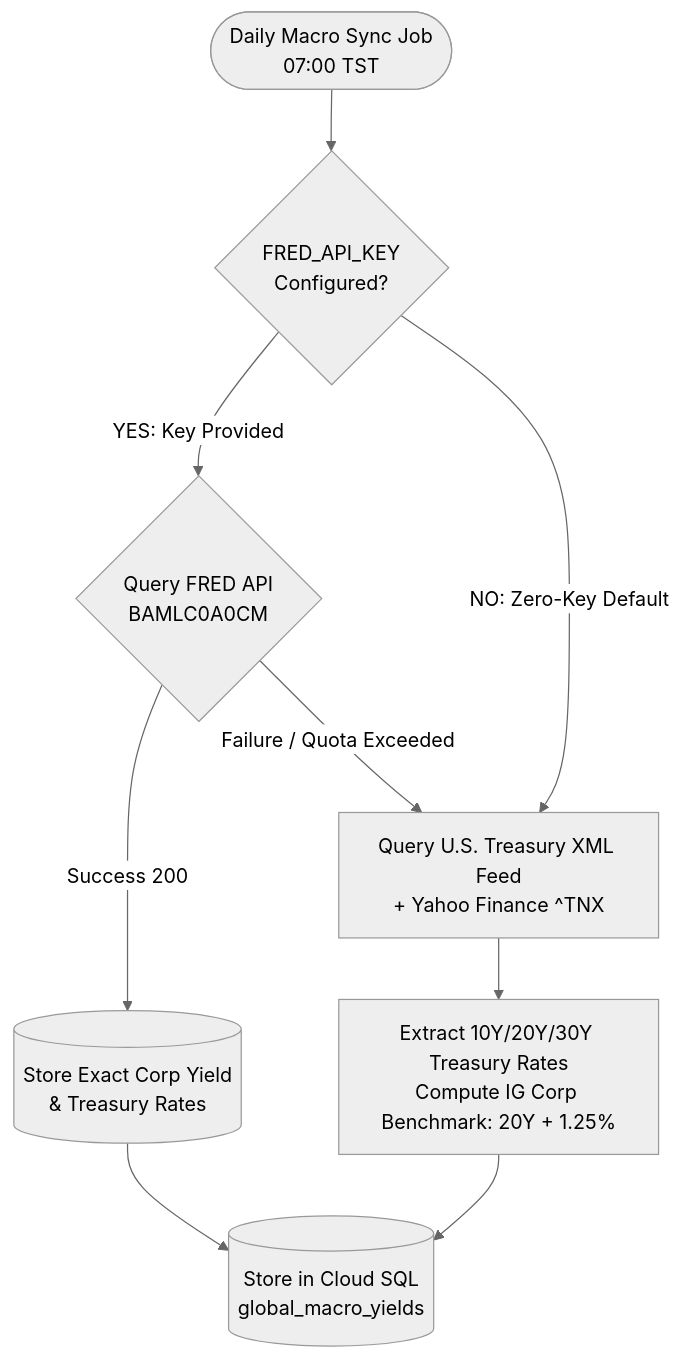
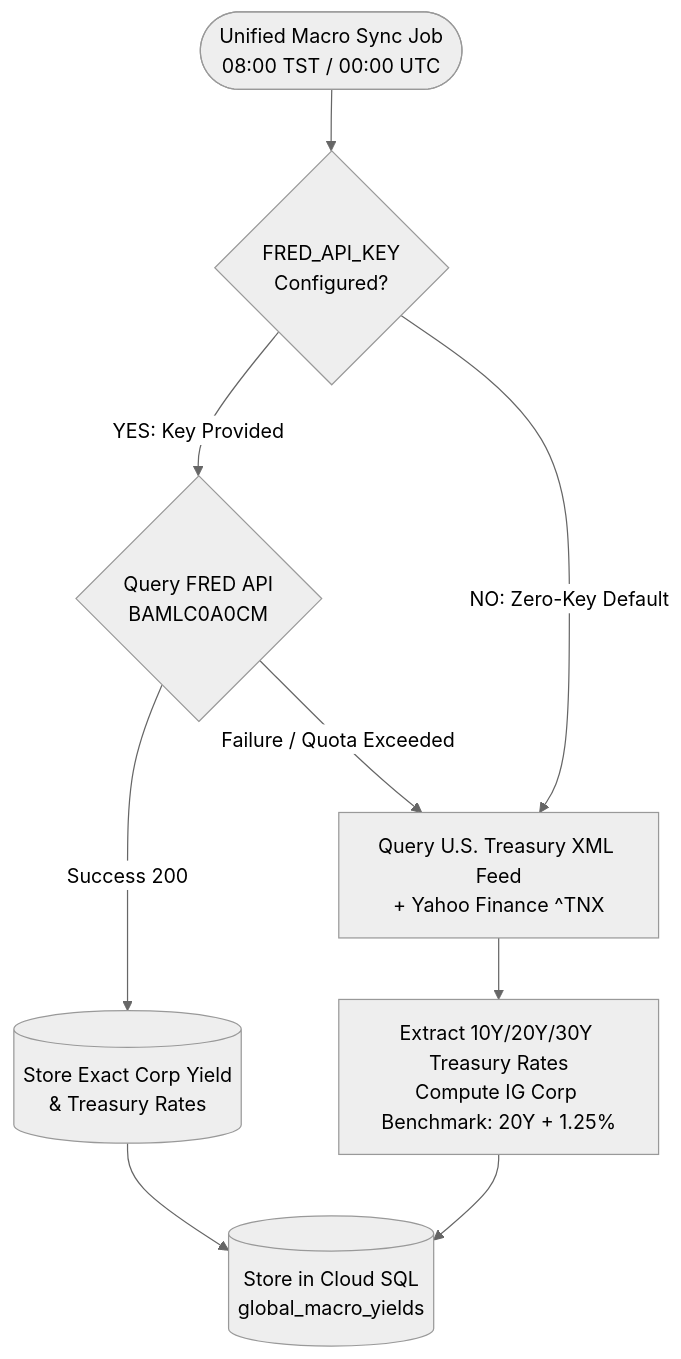
Before and after one commit to linuschien/etf-alpha-harvester: the first of 2 diagrams in docs/01-requirements/external-specs/spec-fred-macro-yield.md, drawn with Mermaid (neutral theme). The commit also changed 6 other files, not shown here.

````diff
--- a/docs/01-requirements/external-specs/spec-fred-macro-yield.md
+++ b/docs/01-requirements/external-specs/spec-fred-macro-yield.md
@@ -133,13 +133,13 @@
 ```mermaid
 flowchart TD
-    Trigger([Daily Macro Sync Job\n07:00 TST]) --> CheckKey{FRED_API_KEY\nConfigured?}
+    Trigger([Unified Macro Sync Job\n08:00 TST / 00:00 UTC]) --> CheckKey{FRED_API_KEY\nConfigured?}
     
     CheckKey -->|YES: Key Provided| TryFRED{Query FRED API\nBAMLC0A0CM}
     TryFRED -->|Success 200| SaveFRED[(Store Exact Corp Yield\n& Treasury Rates)]
     TryFRED -->|Failure / Quota Exceeded| FallbackUSTreasury
     
     CheckKey -->|NO: Zero-Key Default| FallbackUSTreasury[Query U.S. Treasury XML Feed\n+ Yahoo Finance ^TNX]
     FallbackUSTreasury --> DeriveRates[Extract 10Y/20Y/30Y Treasury Rates\nCompute IG Corp Benchmark: 20Y + 1.25%]
     DeriveRates --> SaveZeroKey[(Store in Cloud SQL\nglobal_macro_yields)]
     SaveFRED --> SaveZeroKey
 ```
````
